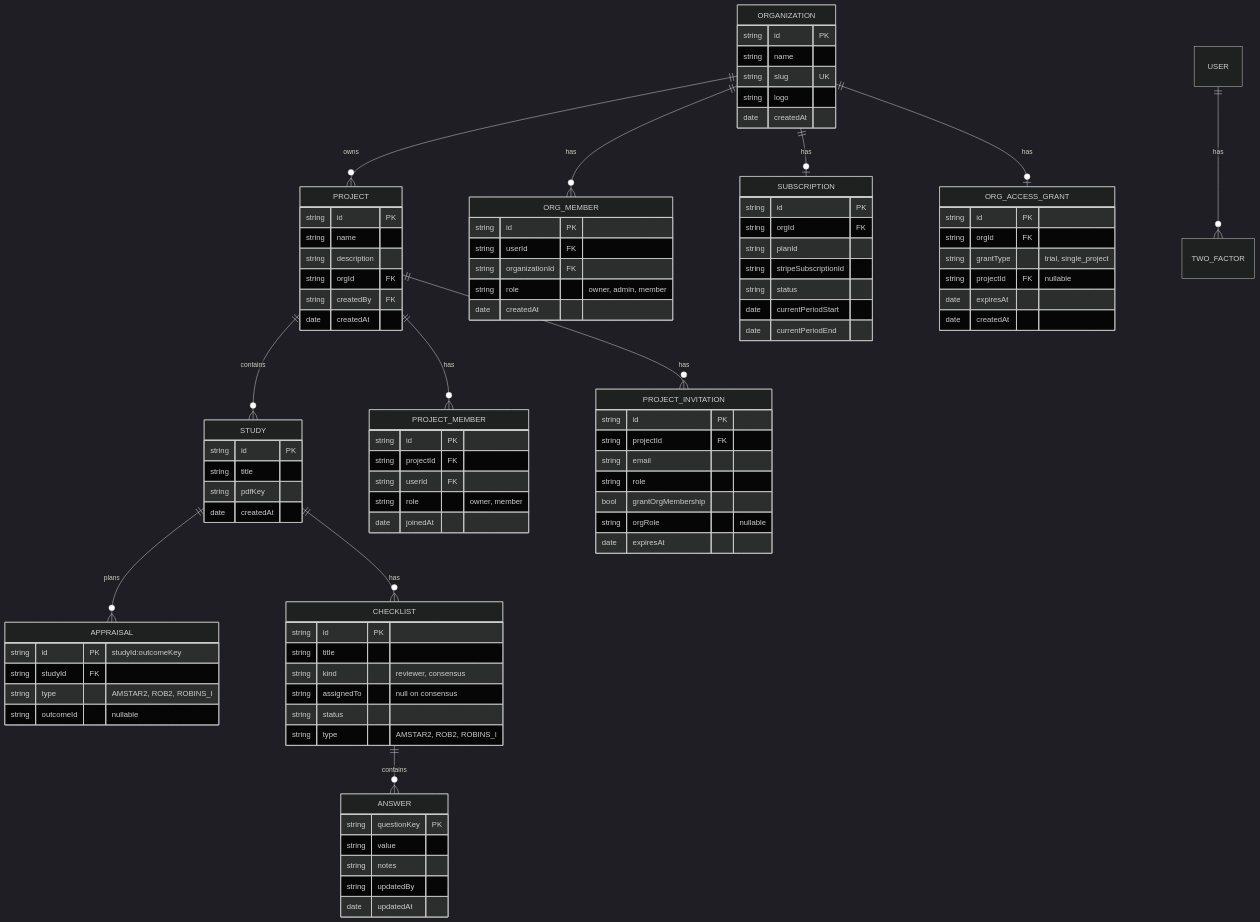
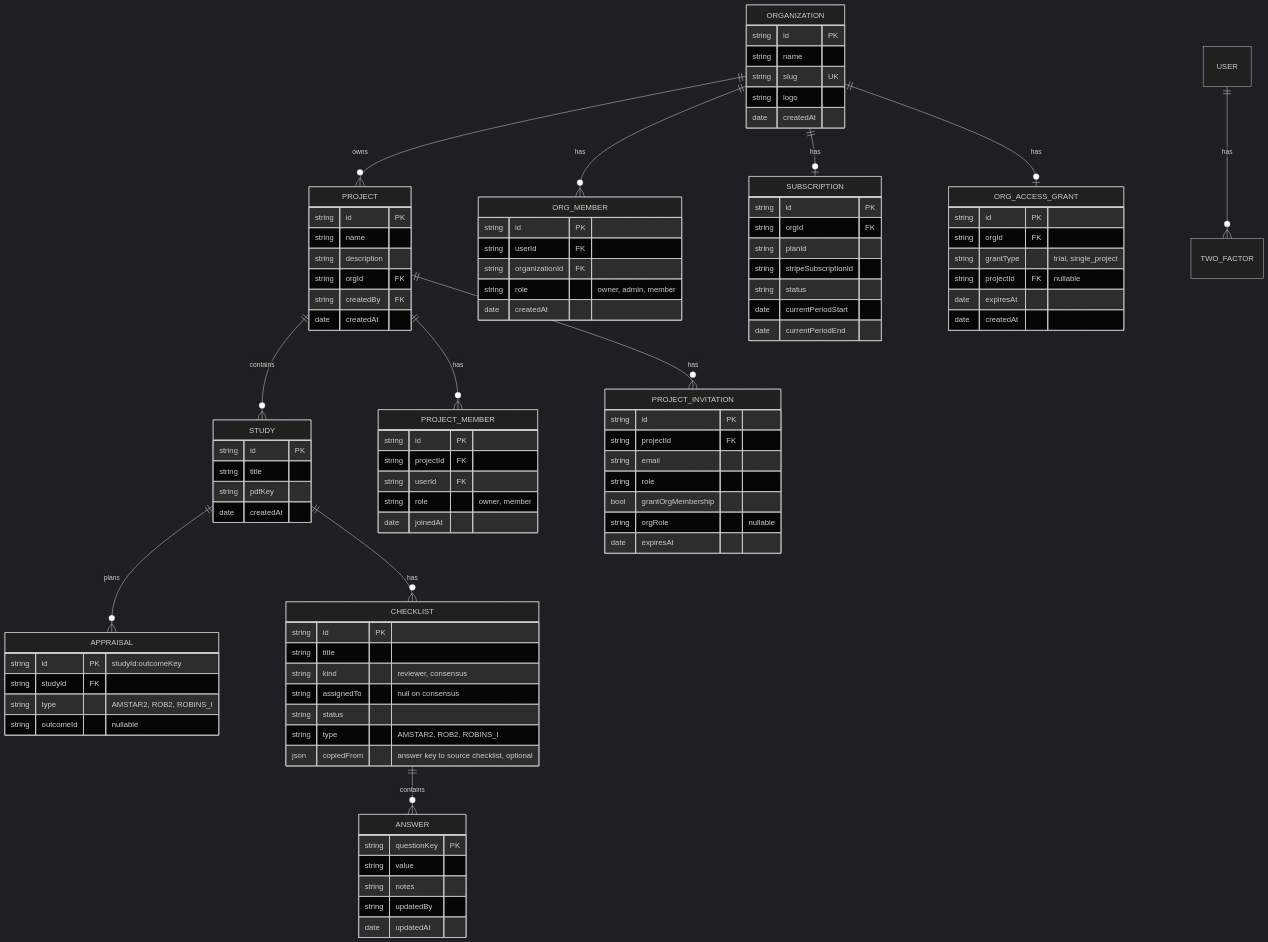
The diagram in packages/docs/architecture/diagrams/04-data-model.md (InfinityBowman/corates), drawn with Mermaid (dark theme) before and after one commit. The commit also changed 16 other files, not shown here.

```diff
--- a/packages/docs/architecture/diagrams/04-data-model.md
+++ b/packages/docs/architecture/diagrams/04-data-model.md
@@ -99,6 +99,7 @@
         string assignedTo "null on consensus"
         string status
         string type "AMSTAR2, ROB2, ROBINS_I"
+        json copiedFrom "answer key to source checklist, optional"
     }
 
     ANSWER {
```
